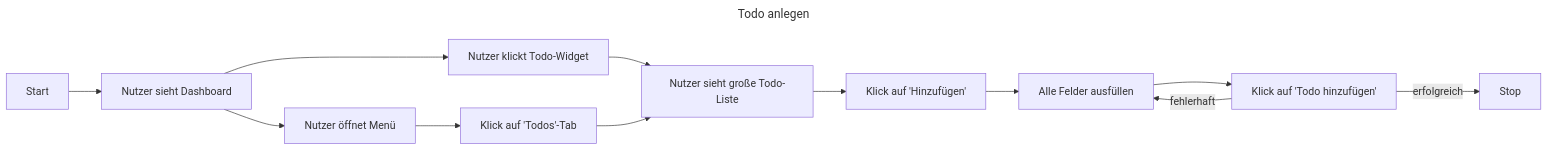
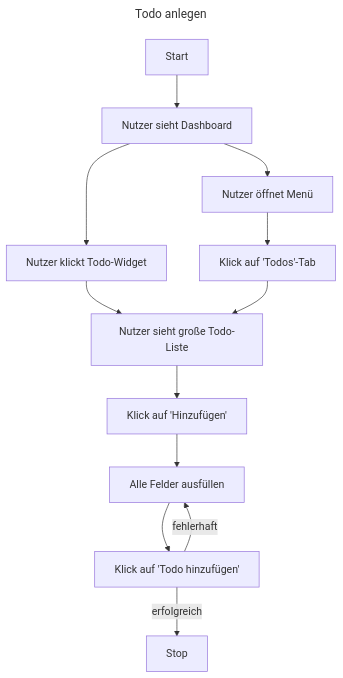
One commit to StinaHoehn/todofse changed the third of 4 diagrams in README.md. Above: the diagram before and after it, drawn with Mermaid. The commit also changed other lines of this file, not shown here.

Commit message:
Switched flowchart layout in README
The flowchart layout in the README file was modified from Left-Right (LR) to Top-Down (TD). This modification affects two processes outlined in the markdown file: 'Todo anlegen' and 'Termin anlegen'.

````diff
--- a/README.md
+++ b/README.md
@@ -66,28 +66,28 @@
 ```mermaid
 ---
 title: Todo anlegen
 ---
-flowchart LR
+flowchart TD
     Start
     Stop
     dashboard[Nutzer sieht Dashboard]
     widget[Nutzer klickt Todo-Widget]
     menu[Nutzer öffnet Menü]
     todo-menu[Klick auf 'Todos'-Tab]
     todo-list[Nutzer sieht große Todo-Liste]
     add[Klick auf 'Hinzufügen']
     form[Alle Felder ausfüllen]
     add-todo[Klick auf 'Todo hinzufügen']
     
     Start --> dashboard
     dashboard --> widget
     dashboard --> menu
     menu --> todo-menu
     widget --> todo-list
     todo-menu --> todo-list
     todo-list --> add
     add --> form
     form --> add-todo
     add-todo -->|erfolgreich| Stop
     add-todo --> |fehlerhaft| form
 ```
````
